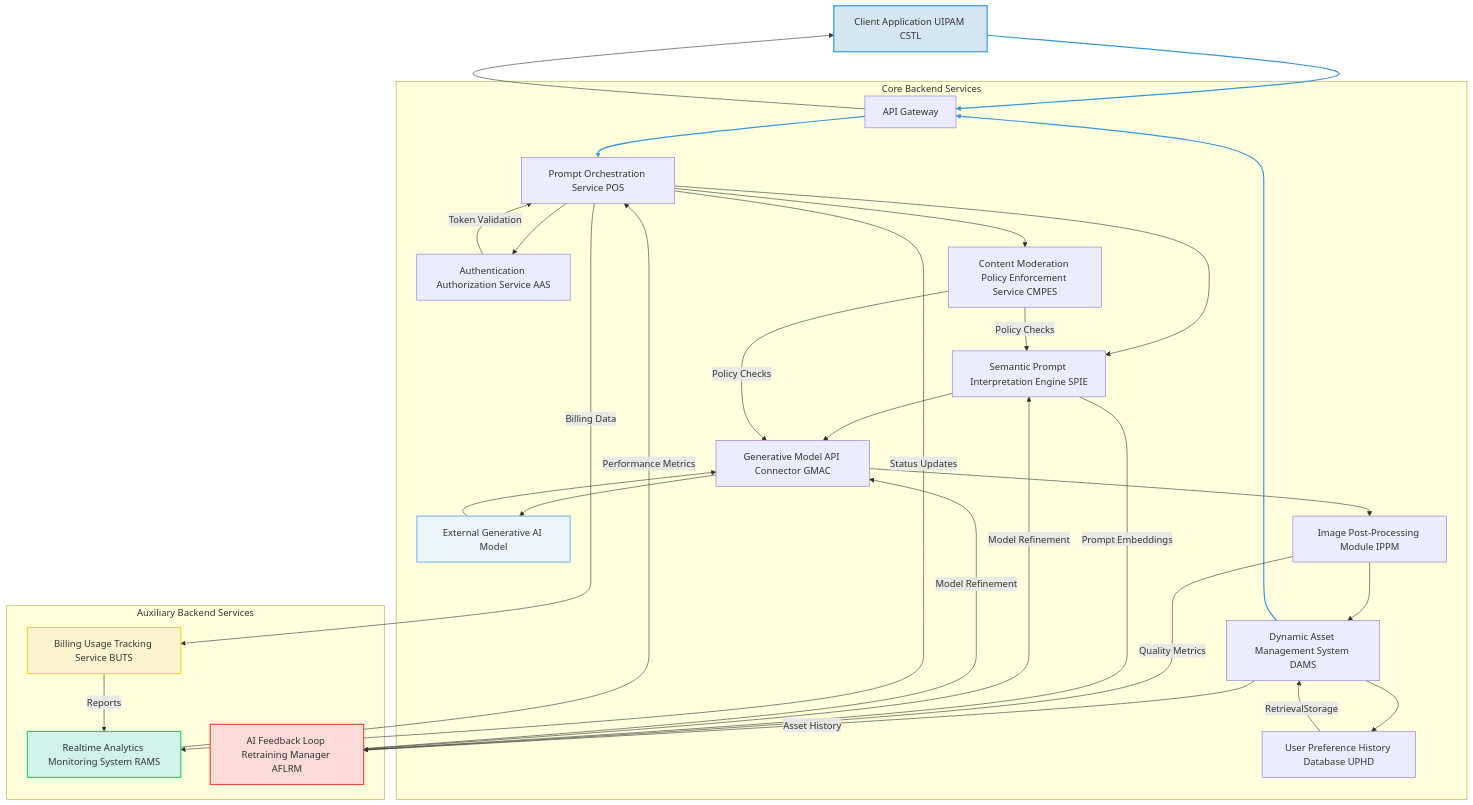
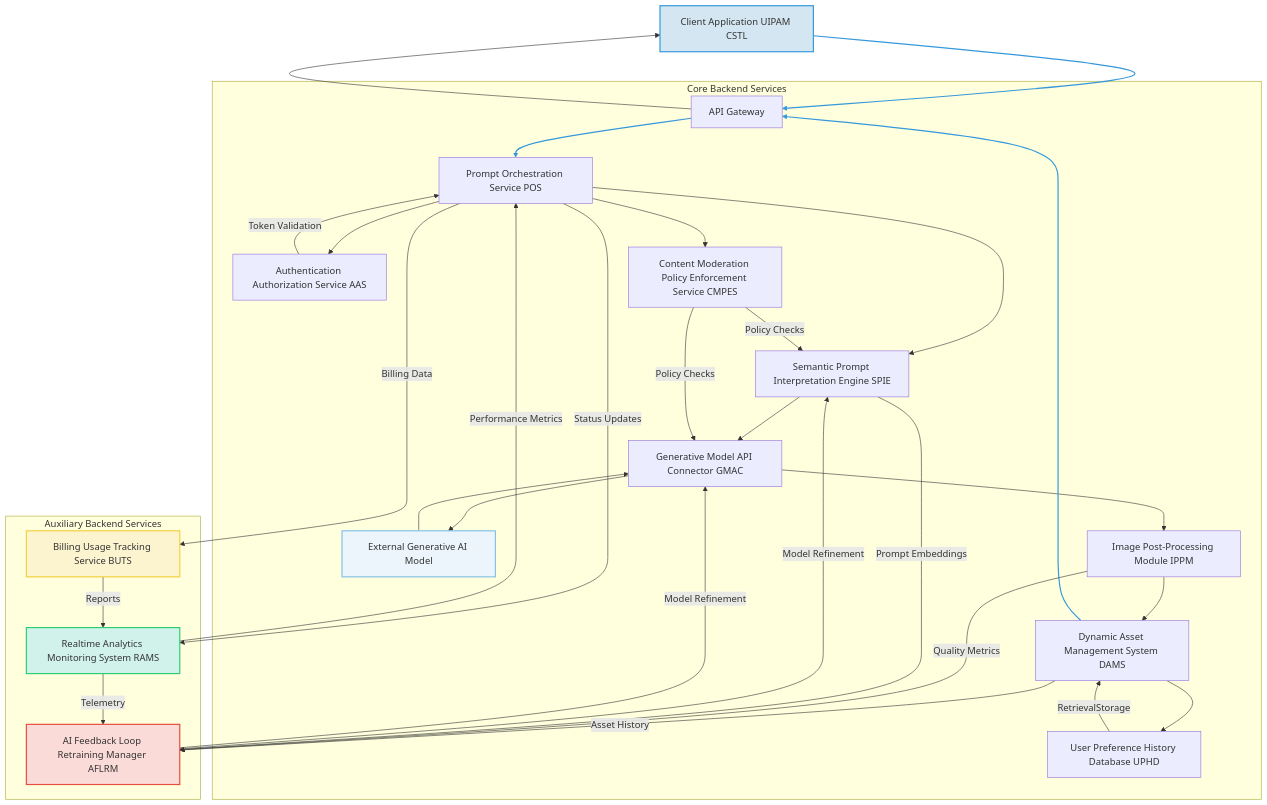
The third of 12 diagrams in inventions/001_generative_ui_background.md (diplomat-bit/Citibank_Demo_Business_Inc_Demonstration-), drawn with Mermaid before and after one commit. The commit also changed other lines of this file, not shown here.

````diff
--- a/inventions/001_generative_ui_background.md
+++ b/inventions/001_generative_ui_background.md
@@ -100,43 +106,43 @@
 ```mermaid
 graph TD
     A[Client Application UIPAM CSTL] --> B[API Gateway]
     subgraph Core Backend Services
         B --> C[Prompt Orchestration Service POS]
         C --> D[Authentication Authorization Service AAS]
         C --> E[Semantic Prompt Interpretation Engine SPIE]
         C --> K[Content Moderation Policy Enforcement Service CMPES]
         E --> F[Generative Model API Connector GMAC]
         F --> G[External Generative AI Model]
         G --> F
         F --> H[Image Post-Processing Module IPPM]
         H --> I[Dynamic Asset Management System DAMS]
         I --> J[User Preference History Database UPHD]
         I --> B
         D -- Token Validation --> C
         J -- RetrievalStorage --> I
         K -- Policy Checks --> E
         K -- Policy Checks --> F
     end
     subgraph Auxiliary Backend Services
         C -- Status Updates --> L[Realtime Analytics Monitoring System RAMS]
         L -- Performance Metrics --> C
         C -- Billing Data --> M[Billing Usage Tracking Service BUTS]
         M -- Reports --> L
         I -- Asset History --> N[AI Feedback Loop Retraining Manager AFLRM]
         H -- Quality Metrics --> N
         E -- Prompt Embeddings --> N
         N -- Model Refinement --> E
         N -- Model Refinement --> F
+        L -- Telemetry --> N
     end
     B --> A
-    
+
     style A fill:#D4E6F1,stroke:#3498DB,stroke-width:2px;
     style G fill:#EBF5FB,stroke:#85C1E9,stroke-width:2px;
     style L fill:#D1F2EB,stroke:#2ECC71,stroke-width:2px;
     style M fill:#FCF3CF,stroke:#F4D03F,stroke-width:2px;
     style N fill:#FADBD8,stroke:#E74C3C,stroke-width:2px;
     linkStyle 0 stroke:#3498DB,stroke-width:2px;
     linkStyle 1 stroke:#3498DB,stroke-width:2px;
     linkStyle 11 stroke:#3498DB,stroke-width:2px;
-
 ```
````
